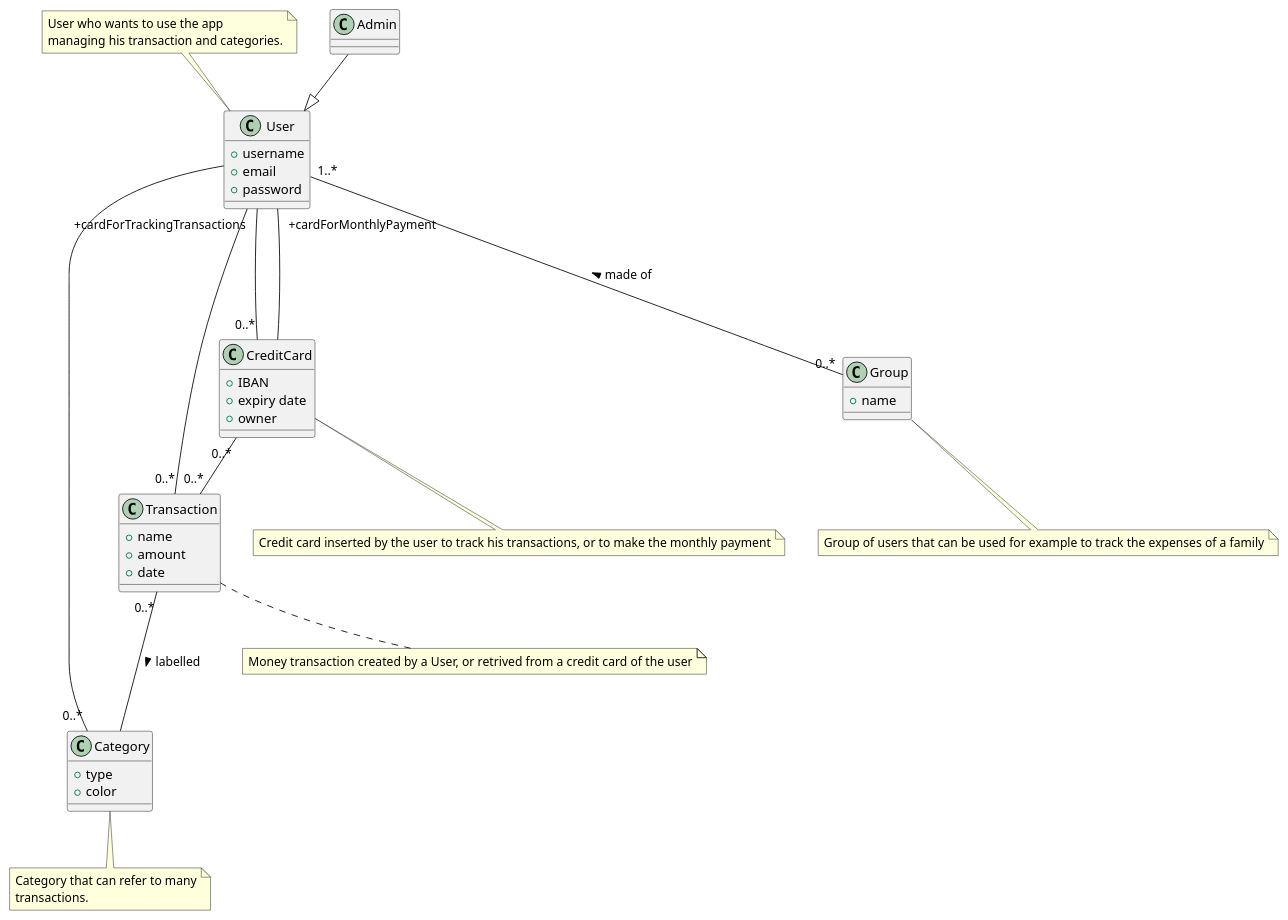
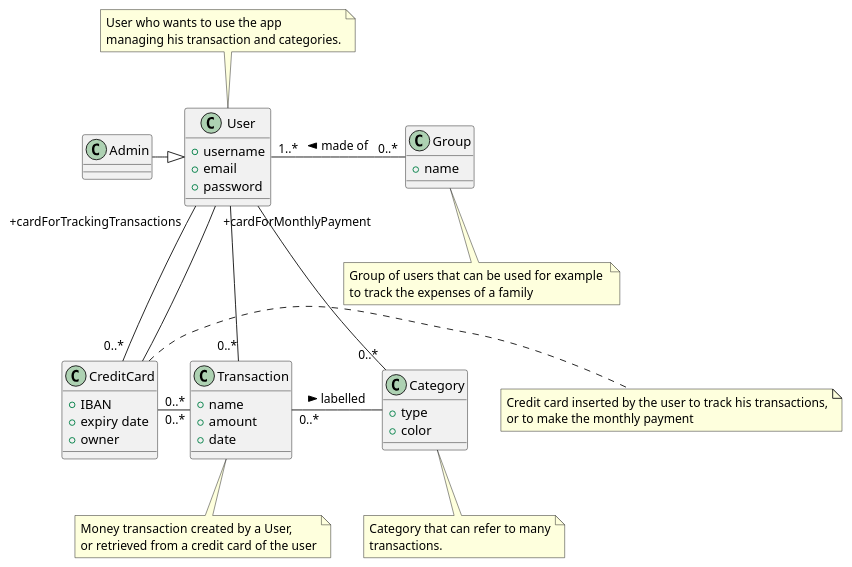
Before and after one commit to lara-m2000/ezwallet: the third of 5 diagrams in RequirementsDocumentV2.md, drawn with PlantUML.

Commit message:
docs: updated visual aspect of glossary

````diff
--- a/RequirementsDocumentV2.md
+++ b/RequirementsDocumentV2.md
@@ -925,77 +925,82 @@
 ```plantuml
 @startuml
 
 
 class User {
 	+ username
 	+ email
 	+ password
 }
 
 note top of User
 User who wants to use the app
 managing his transaction and categories.
 endnote
 
 class Admin {
 
 }
 
 
 class Transaction {
 	+ name
 	+ amount
 	+ date
 }
 
 note bottom of Transaction
-Money transaction created by a User, or retrived from a credit card of the user
+Money transaction created by a User,
+or retrieved from a credit card of the user
 endnote
 
 
 class Category {
 	+ type
 	+ color
 }
 
 note bottom of Category
 Category that can refer to many
 transactions.
 endnote
 
 class CreditCard {
 	+ IBAN
 	+ expiry date
 	+ owner
 }
 
-note bottom of CreditCard
-Credit card inserted by the user to track his transactions, or to make the monthly payment
+note right of CreditCard
+Credit card inserted by the user to track his transactions,
+or to make the monthly payment
 endnote
 
 class Group {
 	+ name
 }
 note bottom of Group
-Group of users that can be used for example to track the expenses of a family
+Group of users that can be used for example 
+to track the expenses of a family
 endnote
 
-Transaction "0..*" --- Category : labelled >
+Transaction "0..*" - Category : labelled >
 
 
 User "+cardForTrackingTransactions"--- "0..*" CreditCard
 User "+cardForMonthlyPayment"--- CreditCard
 
-User --- "0..*" Transaction
+User - "0..*" Transaction
 
-User --- "0..*" Category
+CreditCard "0..*" - "0..*" Transaction
 
-User "1..*" --- "0..*" Group : made of <
+User "1..*" - "0..*" Group : made of <
 
-Admin --|> User
+Admin -|> User
 
-CreditCard "0..*" -- "0..*" Transaction
+User - "0..*" Category
+
+
 
 
 @enduml
 ```
````
